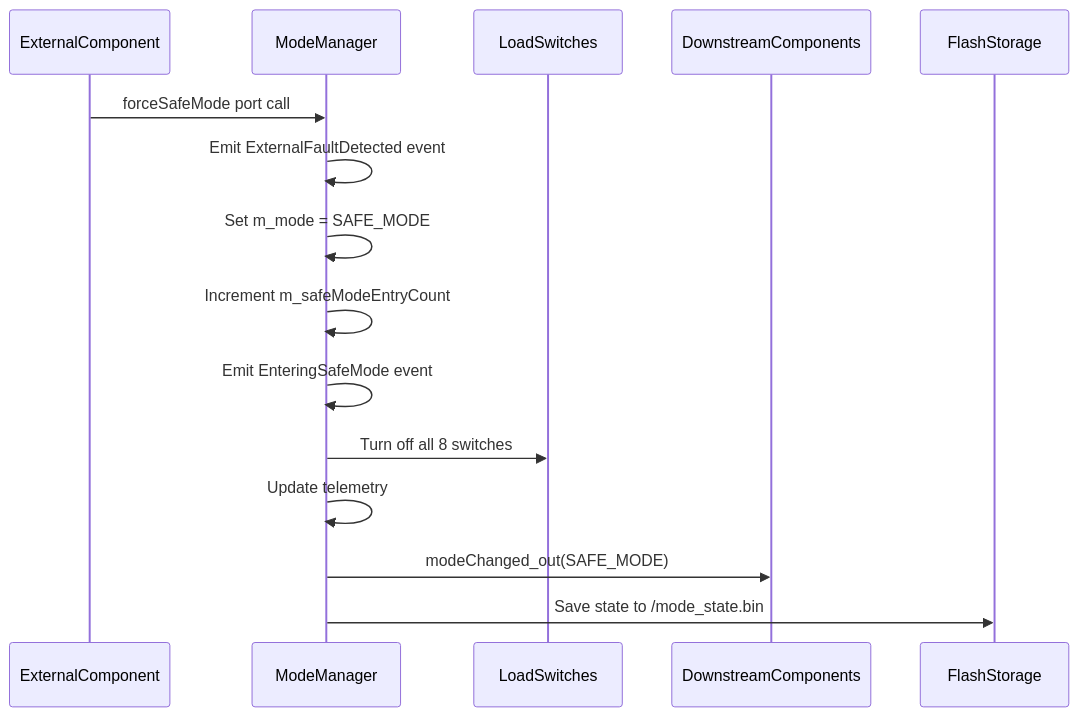
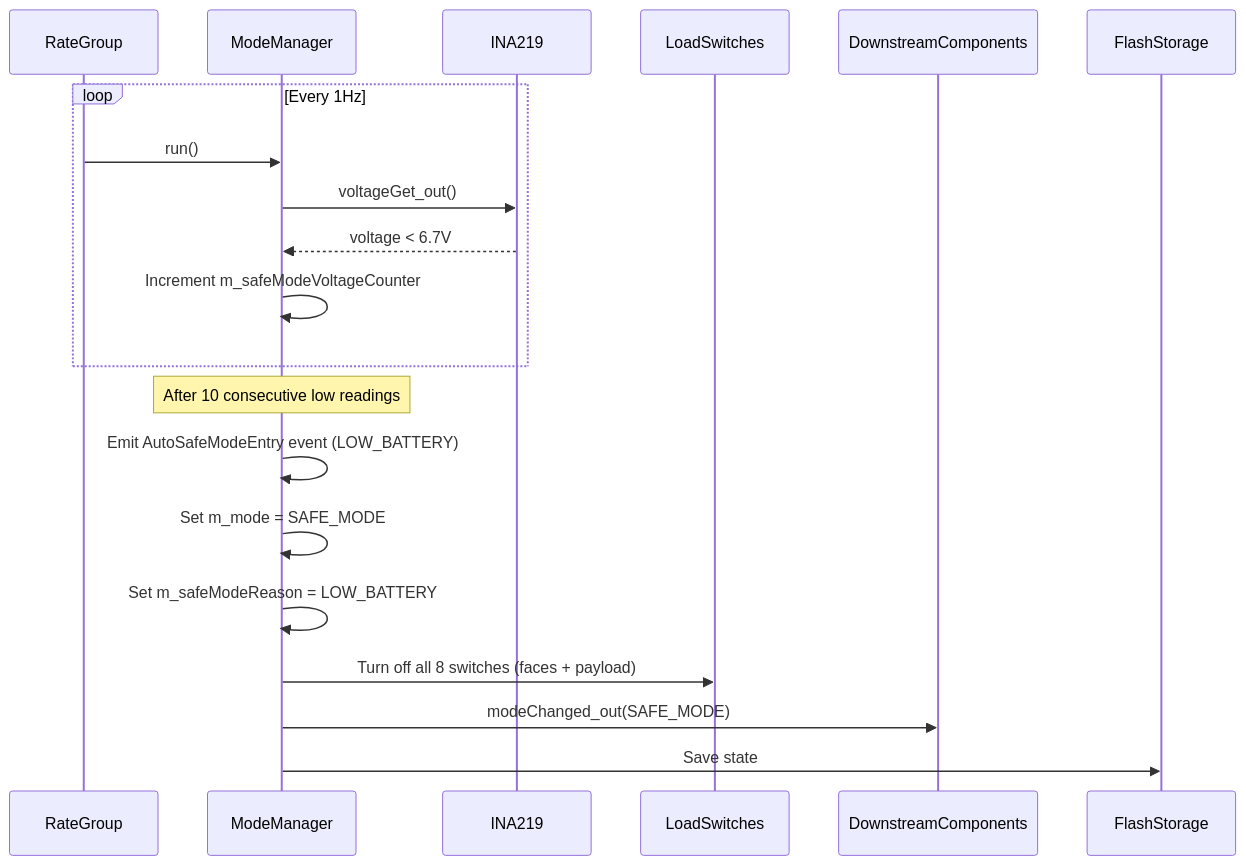
Before and after one commit to Open-Source-Space-Foundation/proves-core-reference: the third of 7 diagrams in FprimeZephyrReference/Components/ModeManager/docs/sdd.md, drawn with Mermaid. The commit also changed other lines of this file and 9 other files, not shown here.

Commit message:
re-implement safe and normal mode auto switch

````diff
--- a/FprimeZephyrReference/Components/ModeManager/docs/sdd.md
+++ b/FprimeZephyrReference/Components/ModeManager/docs/sdd.md
@@ -200,18 +214,23 @@
 ```mermaid
 sequenceDiagram
-    participant ExternalComponent
+    participant RateGroup
     participant ModeManager
+    participant INA219
     participant LoadSwitches
     participant DownstreamComponents
     participant FlashStorage
 
-    ExternalComponent->>ModeManager: forceSafeMode port call
-    ModeManager->>ModeManager: Emit ExternalFaultDetected event
+    loop Every 1Hz
+        RateGroup->>ModeManager: run()
+        ModeManager->>INA219: voltageGet_out()
+        INA219-->>ModeManager: voltage < 6.7V
+        ModeManager->>ModeManager: Increment m_safeModeVoltageCounter
+    end
+    Note over ModeManager: After 10 consecutive low readings
+    ModeManager->>ModeManager: Emit AutoSafeModeEntry event (LOW_BATTERY)
     ModeManager->>ModeManager: Set m_mode = SAFE_MODE
-    ModeManager->>ModeManager: Increment m_safeModeEntryCount
-    ModeManager->>ModeManager: Emit EnteringSafeMode event
-    ModeManager->>LoadSwitches: Turn off all 8 switches
-    ModeManager->>ModeManager: Update telemetry
+    ModeManager->>ModeManager: Set m_safeModeReason = LOW_BATTERY
+    ModeManager->>LoadSwitches: Turn off all 8 switches (faces + payload)
     ModeManager->>DownstreamComponents: modeChanged_out(SAFE_MODE)
-    ModeManager->>FlashStorage: Save state to /mode_state.bin
+    ModeManager->>FlashStorage: Save state
 ```
````
